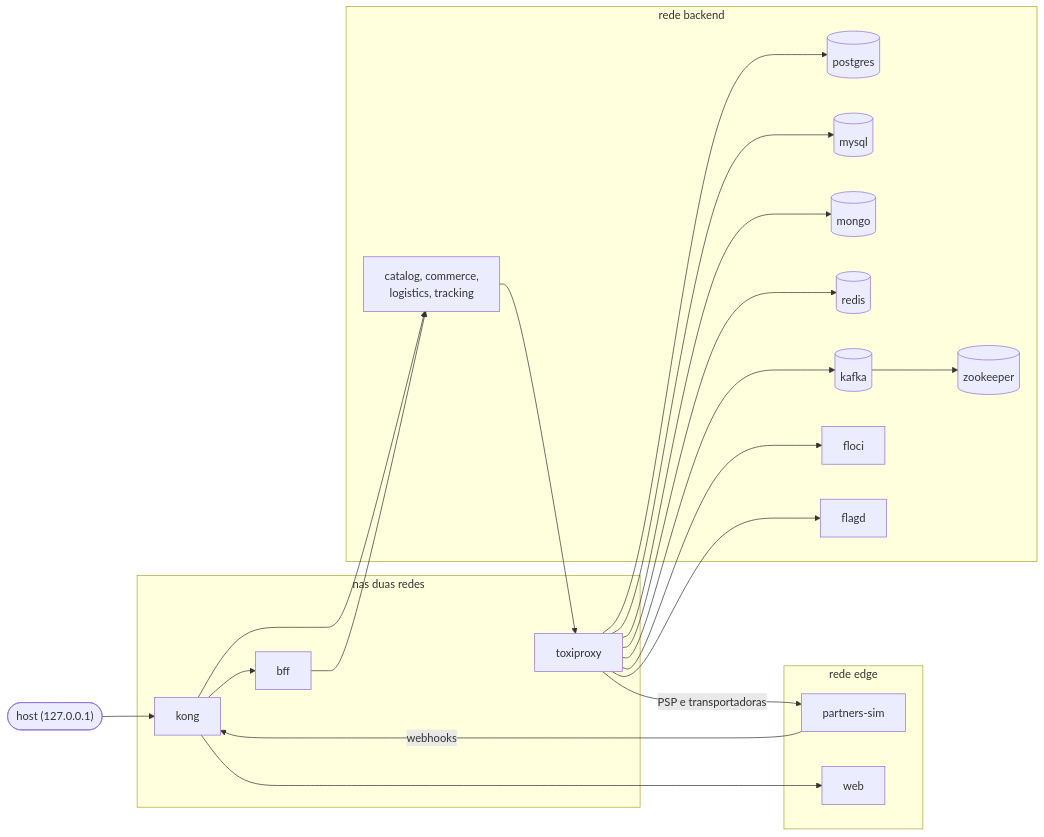
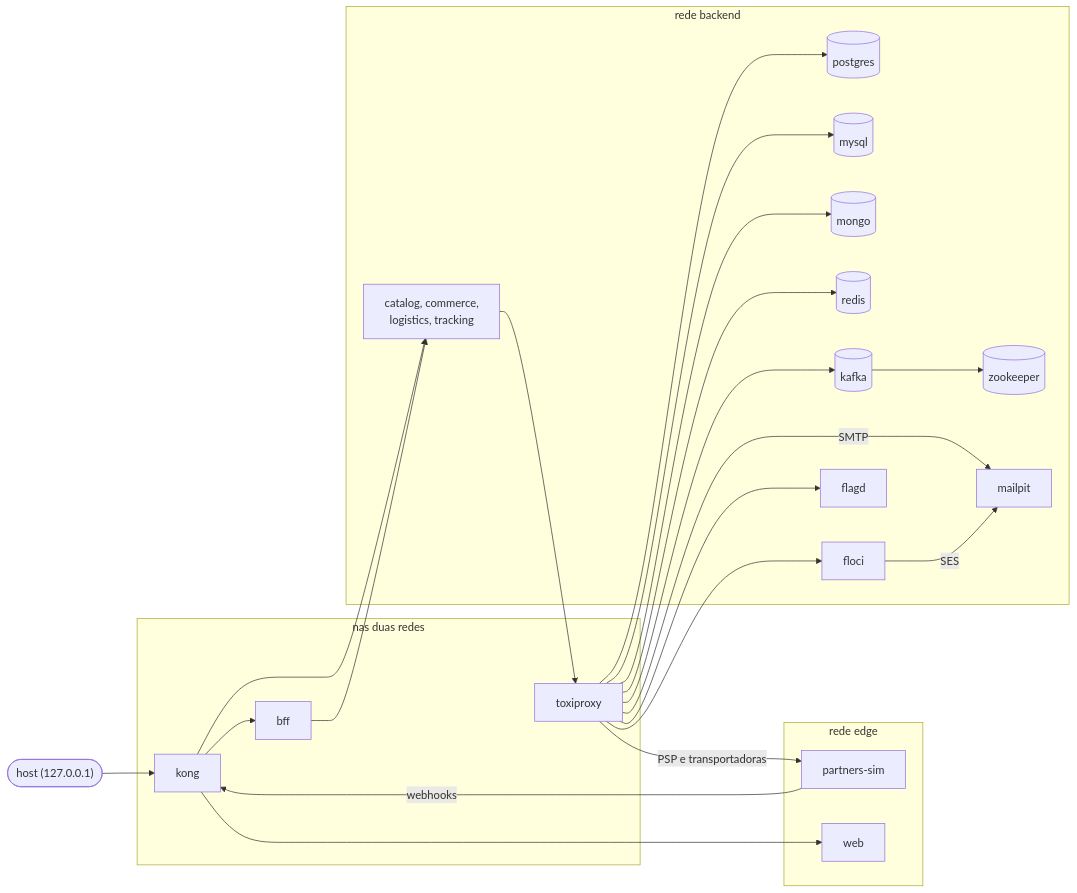
One commit to flaviotinococoutinho/Tucano_vibe_chaos changed the diagram in docs/architecture/deployment.md. Above: the diagram before and after it, drawn with Mermaid. The commit also changed other lines of this file and 41 other files, not shown here.

````diff
--- a/docs/architecture/deployment.md
+++ b/docs/architecture/deployment.md
@@ -7,44 +7,47 @@
 ```mermaid
 flowchart LR
   host(["host (127.0.0.1)"])
 
   subgraph edge["rede edge"]
     partners["partners-sim"]
     web["web"]
   end
 
   subgraph bridge["nas duas redes"]
     kong["kong"]
     bff["bff"]
     toxiproxy["toxiproxy"]
   end
 
   subgraph backend["rede backend"]
     services["catalog, commerce,<br/>logistics, tracking"]
     postgres[("postgres")]
     mysql[("mysql")]
     mongo[("mongo")]
     redis[("redis")]
     kafka[("kafka")]
     zookeeper[("zookeeper")]
     floci["floci"]
     flagd["flagd"]
+    mailpit["mailpit"]
   end
 
   host --> kong
   partners -- "webhooks" --> kong
   kong --> web
   kong --> bff
   kong --> services
   bff --> services
   services --> toxiproxy
   toxiproxy --> postgres
   toxiproxy --> mysql
   toxiproxy --> mongo
   toxiproxy --> redis
   toxiproxy --> kafka
   toxiproxy --> floci
   toxiproxy --> flagd
+  toxiproxy -- "SMTP" --> mailpit
+  floci -- "SES" --> mailpit
   toxiproxy -- "PSP e transportadoras" --> partners
   kafka --> zookeeper
 ```
````
